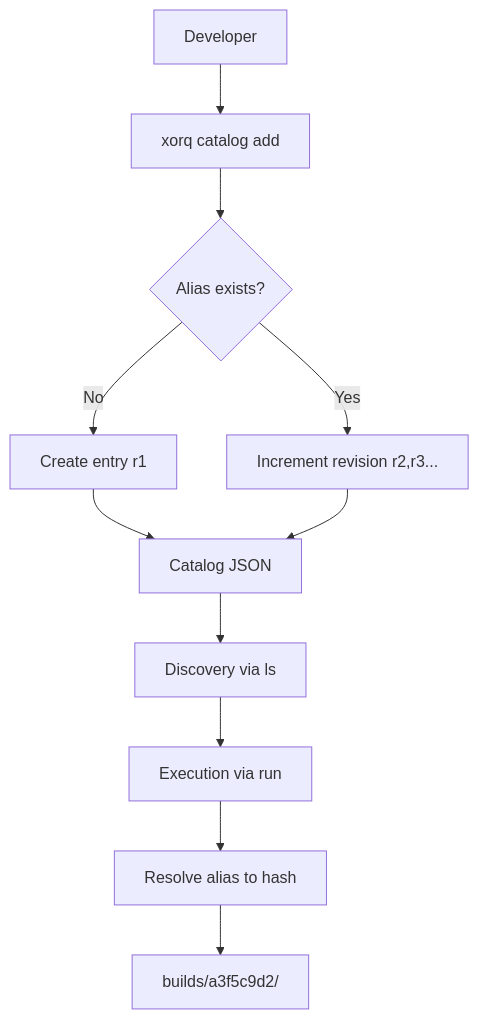
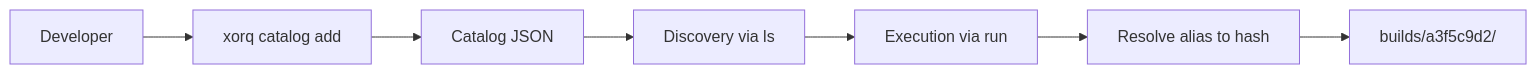
One commit to xorq-labs/xorq changed the second of 2 diagrams in docs/concepts/reproducibility/compute_catalog.qmd. Above: the diagram before and after it, drawn with Mermaid. The commit also changed other lines of this file and 20 other files, not shown here.

Commit message:
docs: Refine concept pages, restructure index, improve diagrams, and ensure responsive design

````diff
--- a/docs/concepts/reproducibility/compute_catalog.qmd
+++ b/docs/concepts/reproducibility/compute_catalog.qmd
@@ -87,13 +88,10 @@
 ```{mermaid}
-graph TB
+%%| eval: true
+graph LR
     A[Developer] --> B[xorq catalog add]
-    B --> C{Alias exists?}
-    C -->|No| D[Create entry r1]
-    C -->|Yes| E[Increment revision r2,r3...]
-    D --> F[Catalog JSON]
-    E --> F
-    F --> G[Discovery via ls]
-    G --> H[Execution via run]
-    H --> I[Resolve alias to hash]
-    I --> J[builds/a3f5c9d2/]
+    B --> C[Catalog JSON]
+    C --> D[Discovery via ls]
+    D --> E[Execution via run]
+    E --> F[Resolve alias to hash]
+    F --> G[builds/a3f5c9d2/]
 ```
````
